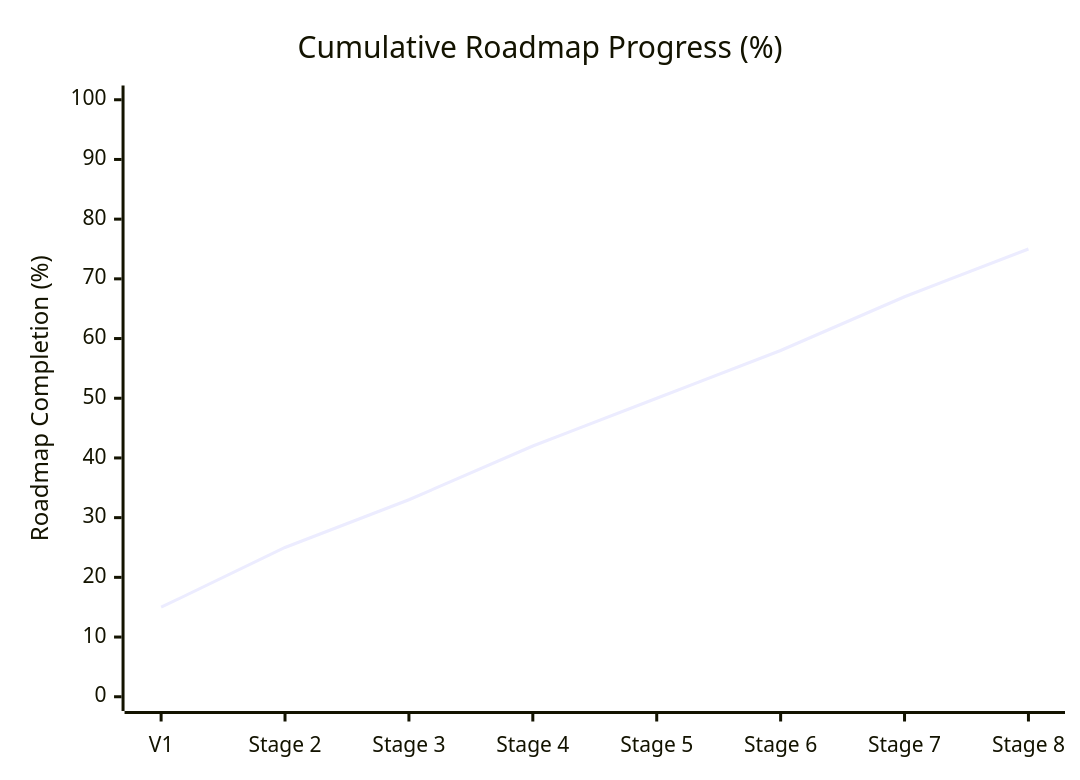
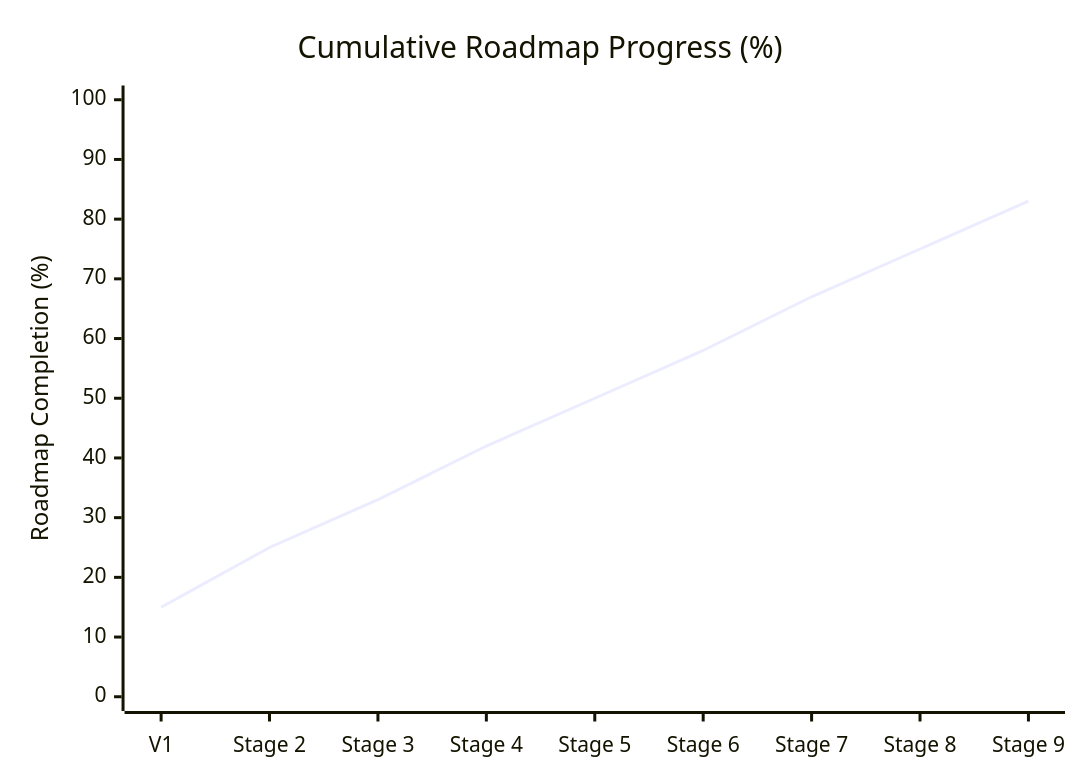
Before and after one commit to Rx4445/job-agent-: the third of 3 diagrams in METRICS.md, drawn with Mermaid. The commit also changed other lines of this file and 4 other files, not shown here.

````diff
--- a/METRICS.md
+++ b/METRICS.md
@@ -28,7 +28,7 @@
 ```mermaid
 xychart-beta
     title "Cumulative Roadmap Progress (%)"
-    x-axis ["V1", "Stage 2", "Stage 3", "Stage 4", "Stage 5", "Stage 6", "Stage 7", "Stage 8"]
+    x-axis ["V1", "Stage 2", "Stage 3", "Stage 4", "Stage 5", "Stage 6", "Stage 7", "Stage 8", "Stage 9"]
     y-axis "Roadmap Completion (%)" 0 --> 100
-    line [15, 25, 33, 42, 50, 58, 67, 75]
+    line [15, 25, 33, 42, 50, 58, 67, 75, 83]
 ```
````
